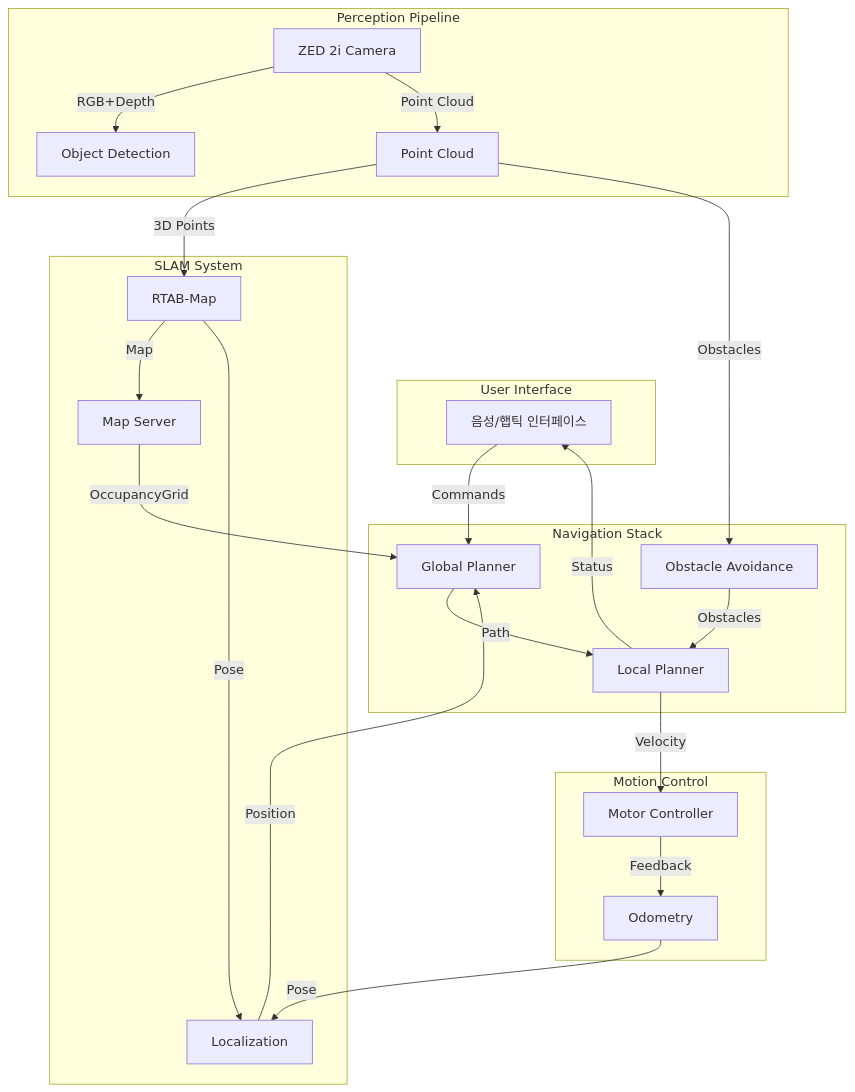
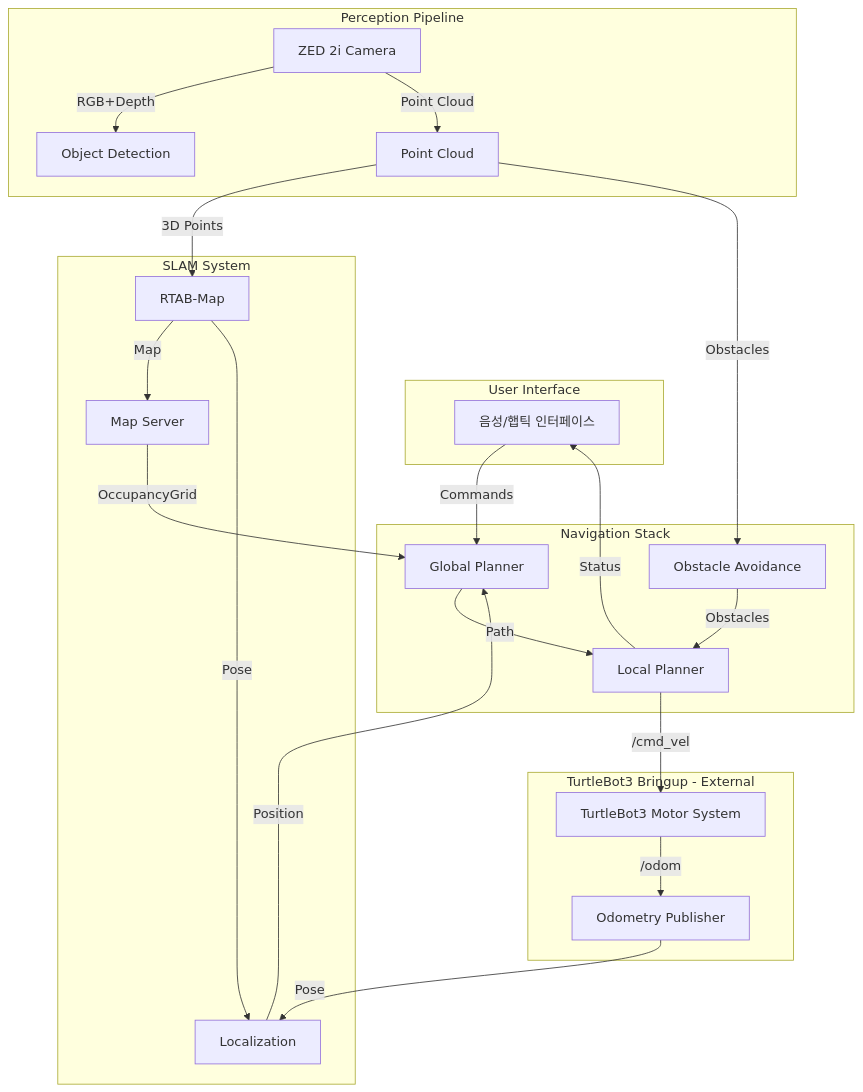
The diagram in docs/SYSTEM_ARCHITECTURE.md (DguAiCps/modular-v), drawn with Mermaid before and after one commit. The commit also changed other lines of this file and 38 other files, not shown here.

````diff
--- a/docs/SYSTEM_ARCHITECTURE.md
+++ b/docs/SYSTEM_ARCHITECTURE.md
@@ -53,45 +53,45 @@
 ```mermaid
 graph TB
     subgraph User Interface
         UI[음성/햅틱 인터페이스]
     end
 
     subgraph Perception Pipeline
         CAM[ZED 2i Camera]
         OD[Object Detection]
         PC[Point Cloud]
     end
 
     subgraph SLAM System
         RTAB[RTAB-Map]
         LOC[Localization]
         MAP[Map Server]
     end
 
     subgraph Navigation Stack
         GP[Global Planner]
         LP[Local Planner]
         OA[Obstacle Avoidance]
     end
 
-    subgraph Motion Control
-        MC[Motor Controller]
-        ODOM[Odometry]
+    subgraph Motion Control [TurtleBot3 Bringup - External]
+        TB3[TurtleBot3 Motor System]
+        ODOM[Odometry Publisher]
     end
 
     UI -->|Commands| GP
     CAM -->|RGB+Depth| OD
     CAM -->|Point Cloud| PC
     PC -->|3D Points| RTAB
     PC -->|Obstacles| OA
     RTAB -->|Map| MAP
     RTAB -->|Pose| LOC
     LOC -->|Position| GP
     MAP -->|OccupancyGrid| GP
     GP -->|Path| LP
     OA -->|Obstacles| LP
-    LP -->|Velocity| MC
-    MC -->|Feedback| ODOM
+    LP -->|/cmd_vel| TB3
+    TB3 -->|/odom| ODOM
     ODOM -->|Pose| LOC
     LP -->|Status| UI
 ```
````
